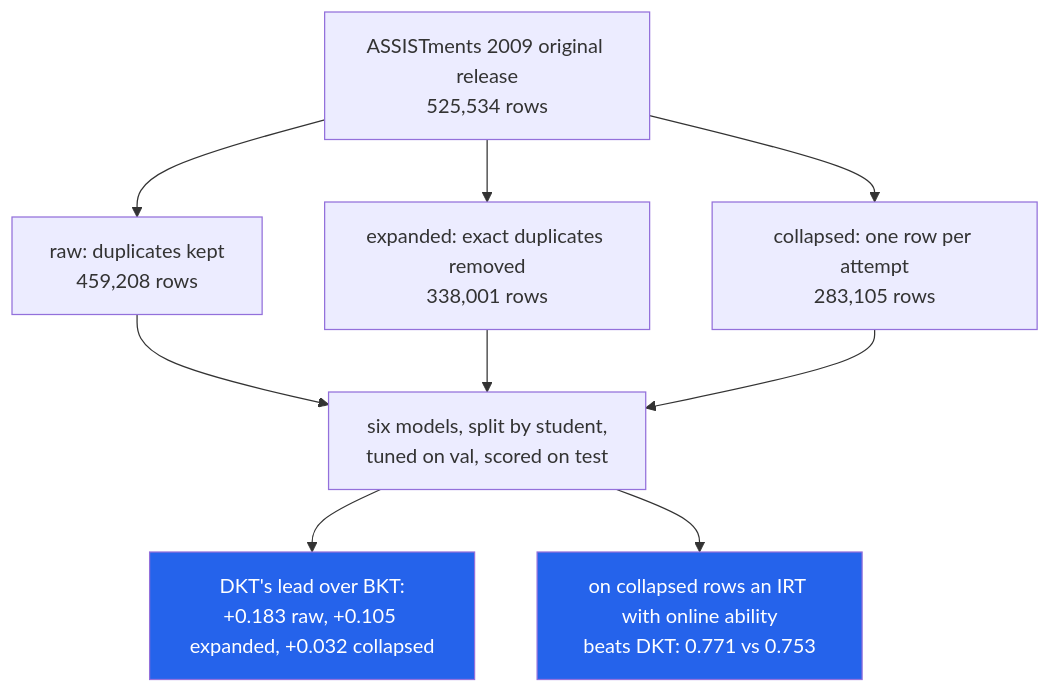
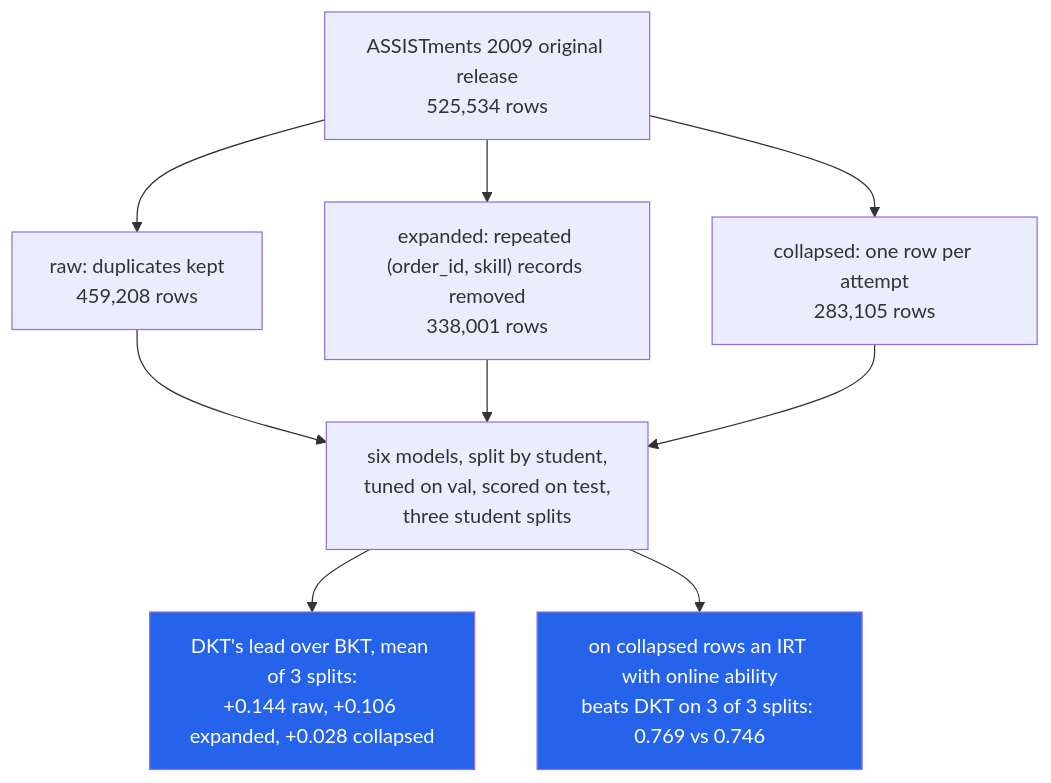
The diagram in README.md (hammasbuilds/knowledge-tracing), drawn with Mermaid before and after one commit. The commit also changed other lines of this file and 13 other files, not shown here.

First line of the commit message:
Three student splits for every headline number; README placeholders filled

````diff
--- a/README.md
+++ b/README.md
@@ -29,14 +29,14 @@
 ```mermaid
 flowchart TD
     A["ASSISTments 2009 original release<br/>525,534 rows"] --> B["raw: duplicates kept<br/>459,208 rows"]
-    A --> C["expanded: exact duplicates removed<br/>338,001 rows"]
+    A --> C["expanded: repeated (order_id, skill) records removed<br/>338,001 rows"]
     A --> D["collapsed: one row per attempt<br/>283,105 rows"]
-    B --> E["six models, split by student,<br/>tuned on val, scored on test"]
+    B --> E["six models, split by student,<br/>tuned on val, scored on test,<br/>three student splits"]
     C --> E
     D --> E
-    E --> F["DKT's lead over BKT:<br/>+0.183 raw, +0.105 expanded, +0.032 collapsed"]
-    E --> G["on collapsed rows an IRT with online ability<br/>beats DKT: 0.771 vs 0.753"]
+    E --> F["DKT's lead over BKT, mean of 3 splits:<br/>+0.144 raw, +0.106 expanded, +0.028 collapsed"]
+    E --> G["on collapsed rows an IRT with online ability<br/>beats DKT on 3 of 3 splits: 0.769 vs 0.746"]
 
     style F fill:#2563eb,color:#fff
     style G fill:#2563eb,color:#fff
 ```
````
